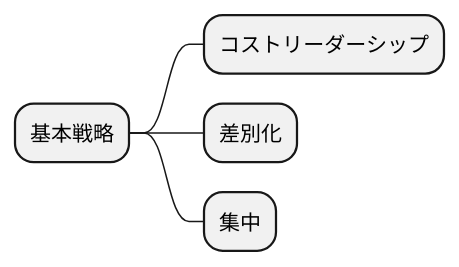
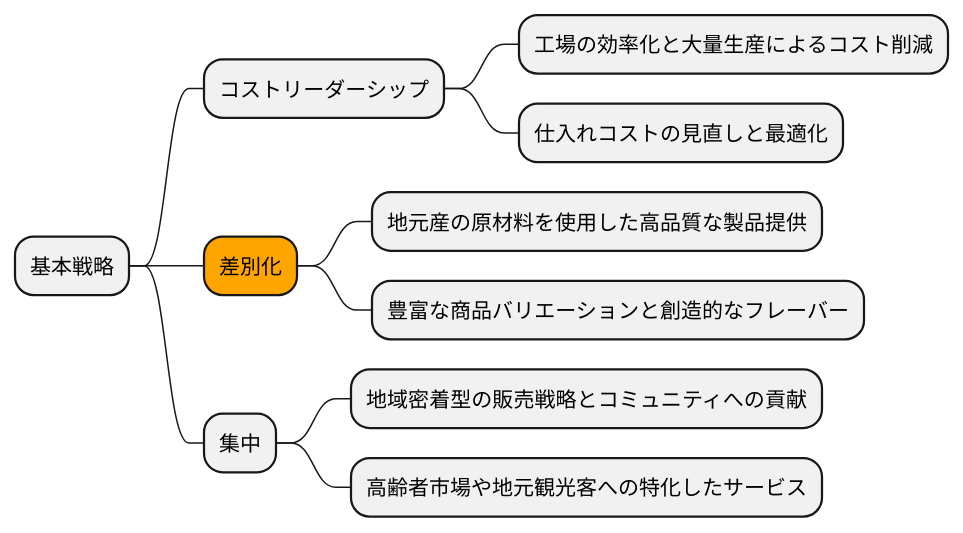
Before and after one commit to k2works/case-sutudy-business-analysis: the eighth of 16 diagrams in docs/case/r03_case_2.adoc, drawn with PlantUML. The commit also changed other lines of this file, not shown here.

```diff
--- a/docs/case/r03_case_2.adoc
+++ b/docs/case/r03_case_2.adoc
@@ -225,11 +261,17 @@
 [plantuml]
 ----
 @startmindmap
 
 * 基本戦略
 ** コストリーダーシップ
-** 差別化
+*** 工場の効率化と大量生産によるコスト削減
+*** 仕入れコストの見直しと最適化
+**[#orange] 差別化
+*** 地元産の原材料を使用した高品質な製品提供
+*** 豊富な商品バリエーションと創造的なフレーバー
 ** 集中
+*** 地域密着型の販売戦略とコミュニティへの貢献
+*** 高齢者市場や地元観光客への特化したサービス
 
 @endmindmap
 ----
```
